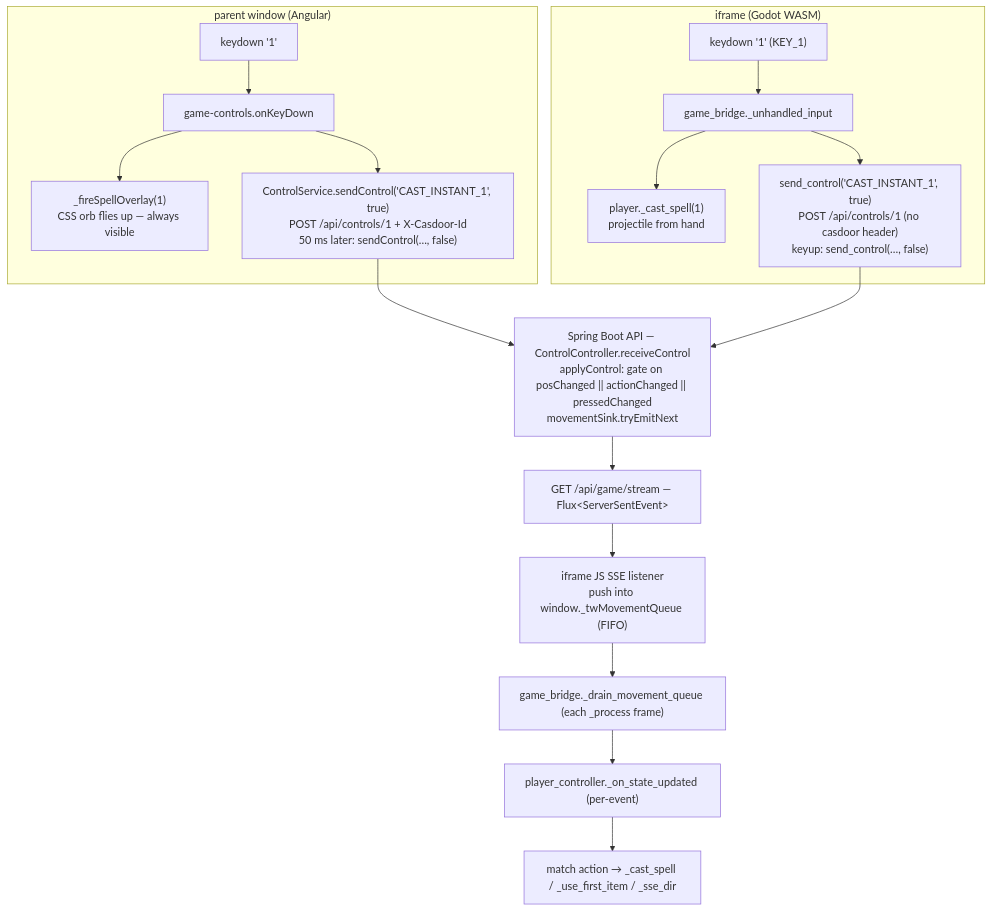
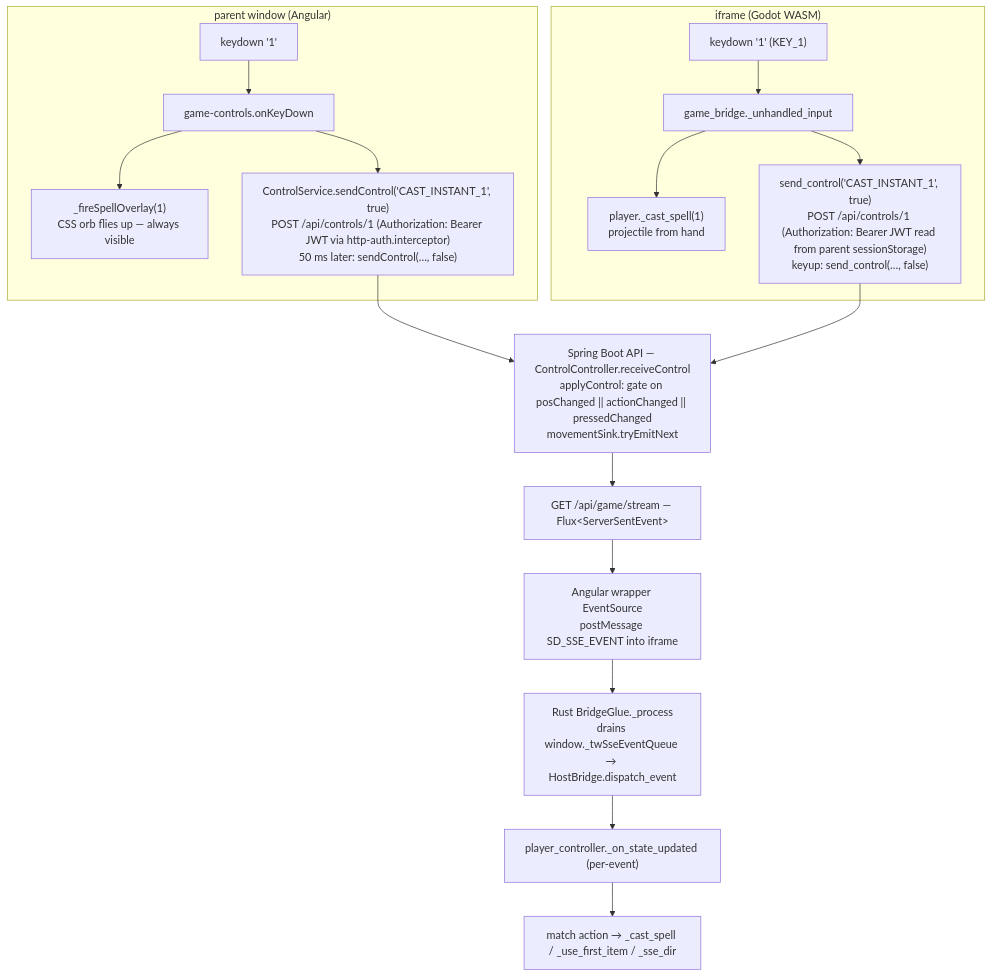
The fifth of 48 diagrams in README.md (hugmesh/hugmesh-games), drawn with Mermaid before and after one commit. The commit also changed other lines of this file, not shown here.

````diff
--- a/README.md
+++ b/README.md
@@ -396,30 +397,30 @@
 ```mermaid
 flowchart TB
     subgraph parent["parent window (Angular)"]
         PK["keydown '1'"]
         POnKey["game-controls.onKeyDown"]
         POverlay["_fireSpellOverlay(1)<br/>CSS orb flies up — always visible"]
-        PSend["ControlService.sendControl('CAST_INSTANT_1', true)<br/>POST /api/controls/1 + X-Casdoor-Id<br/>50 ms later: sendControl(…, false)"]
+        PSend["ControlService.sendControl('CAST_INSTANT_1', true)<br/>POST /api/controls/1 (Authorization: Bearer JWT via http-auth.interceptor)<br/>50 ms later: sendControl(…, false)"]
         PK --> POnKey
         POnKey --> POverlay
         POnKey --> PSend
     end
     subgraph frame["iframe (Godot WASM)"]
         FK["keydown '1' (KEY_1)"]
         FInput["game_bridge._unhandled_input"]
         FCast["player._cast_spell(1)<br/>projectile from hand"]
-        FSend["send_control('CAST_INSTANT_1', true)<br/>POST /api/controls/1 (no casdoor header)<br/>keyup: send_control(…, false)"]
+        FSend["send_control('CAST_INSTANT_1', true)<br/>POST /api/controls/1 (Authorization: Bearer JWT read from parent sessionStorage)<br/>keyup: send_control(…, false)"]
         FK --> FInput
         FInput --> FCast
         FInput --> FSend
     end
     API["Spring Boot API — ControlController.receiveControl<br/>applyControl: gate on posChanged || actionChanged || pressedChanged<br/>movementSink.tryEmitNext"]
     Stream["GET /api/game/stream — Flux&lt;ServerSentEvent&gt;"]
-    SSE["iframe JS SSE listener<br/>push into window._twMovementQueue (FIFO)"]
-    Drain["game_bridge._drain_movement_queue (each _process frame)"]
+    SSE["Angular wrapper EventSource<br/>postMessage SD_SSE_EVENT into iframe"]
+    Drain["Rust BridgeGlue._process<br/>drains window._twSseEventQueue → HostBridge.dispatch_event"]
     OnState["player_controller._on_state_updated (per-event)"]
     Match["match action → _cast_spell / _use_first_item / _sse_dir"]
     PSend --> API
     FSend --> API
     API --> Stream --> SSE --> Drain --> OnState --> Match
 ```
````
